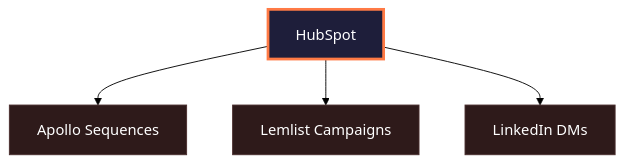
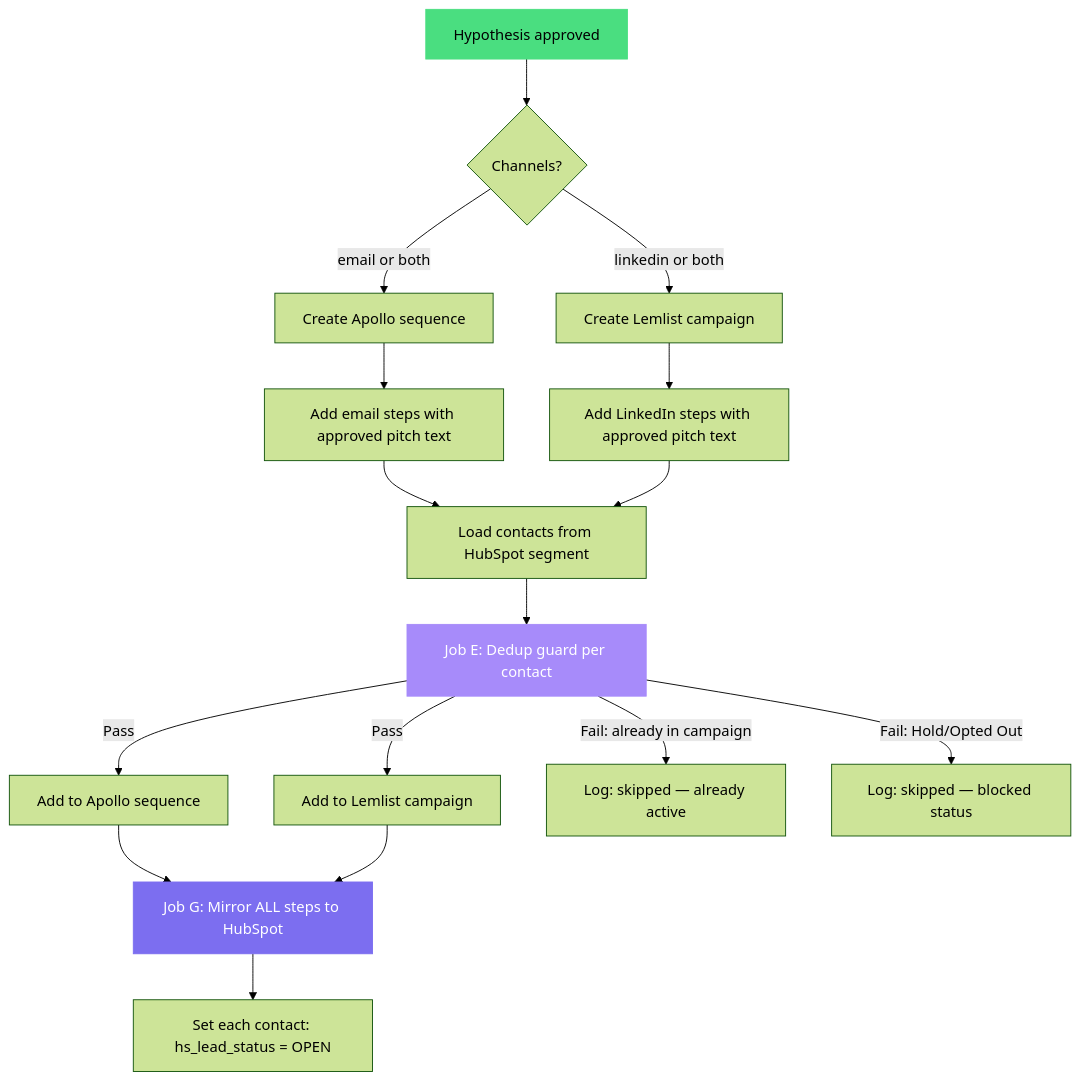
Before and after one commit to Artemponomarev/ai-agent-guides: the third of 8 diagrams in Kernelics email outreaching automation/architecture.md, drawn with Mermaid (forest theme). The commit also changed other lines of this file, not shown here.

First line of the commit message:
Rewrite architecture: hypothesis-driven workflow with OpenClaw orchestration

````diff
--- a/Kernelics email outreaching automation/architecture.md
+++ b/Kernelics email outreaching automation/architecture.md
@@ -37,11 +200,27 @@
 ```mermaid
 flowchart TD
-    HS[HubSpot] --> AS[Apollo Sequences]
-    HS --> LM[Lemlist Campaigns]
-    HS --> LO[LinkedIn DMs]
+    APPROVED[Hypothesis approved] --> CHECK_CH{Channels?}
 
-    style HS fill:#1e1e3a,stroke:#ff7a45,stroke-width:3px,color:#fff
-    style AS fill:#2e1a1a,stroke:#4a2e2e,color:#fff
-    style LM fill:#2e1a1a,stroke:#4a2e2e,color:#fff
-    style LO fill:#2e1a1a,stroke:#4a2e2e,color:#fff
+    CHECK_CH -->|email or both| APO[Create Apollo sequence]
+    CHECK_CH -->|linkedin or both| LEM[Create Lemlist campaign]
+
+    APO --> APO_STEPS[Add email steps with approved pitch text]
+    LEM --> LEM_STEPS[Add LinkedIn steps with approved pitch text]
+
+    APO_STEPS --> CONTACTS[Load contacts from HubSpot segment]
+    LEM_STEPS --> CONTACTS
+
+    CONTACTS --> DEDUP[Job E: Dedup guard per contact]
+    DEDUP -->|Pass| ADD_A[Add to Apollo sequence]
+    DEDUP -->|Pass| ADD_L[Add to Lemlist campaign]
+    DEDUP -->|Fail: already in campaign| LOG[Log: skipped — already active]
+    DEDUP -->|Fail: Hold/Opted Out| LOG2[Log: skipped — blocked status]
+
+    ADD_A --> MIRROR[Job G: Mirror ALL steps to HubSpot]
+    ADD_L --> MIRROR
+    MIRROR --> SET_STATUS[Set each contact: hs_lead_status = OPEN]
+
+    style APPROVED fill:#4ade80,stroke:#4ade80,color:#000
+    style DEDUP fill:#a78bfa,stroke:#a78bfa,color:#fff
+    style MIRROR fill:#7c6ef0,stroke:#7c6ef0,color:#fff
 ```
````
